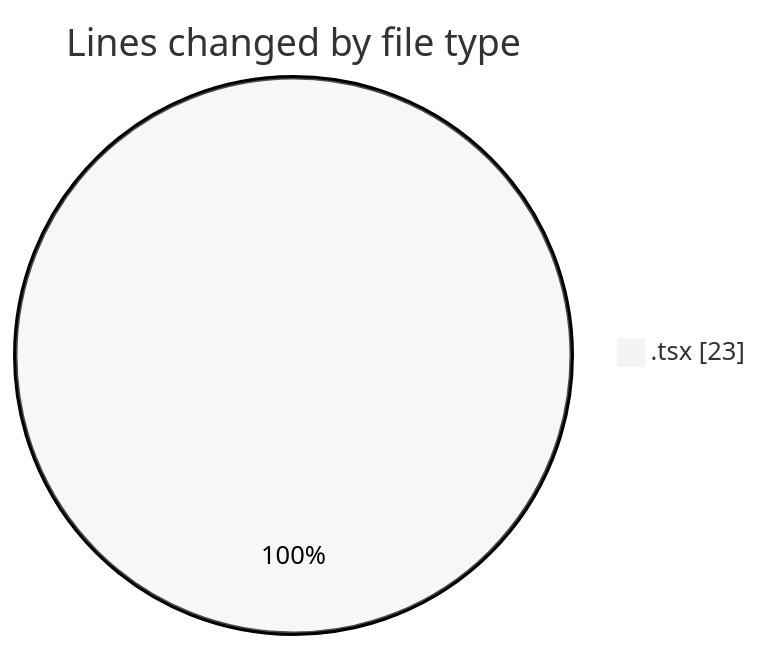
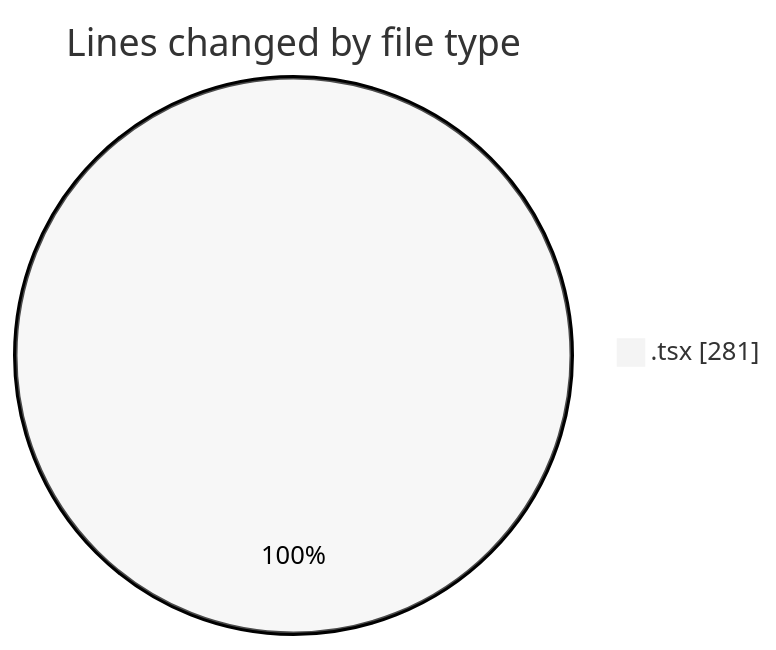
Before and after one commit to Elitesun/code-tracking: the first of 2 diagrams in 2025-05-05/niten/README.md, drawn with Mermaid (neutral theme). The commit also changed other lines of this file and 1 other file, not shown here.

````diff
--- a/2025-05-05/niten/README.md
+++ b/2025-05-05/niten/README.md
@@ -20,5 +24,5 @@
 ```mermaid
 pie showData
 title Lines changed by file type
-".tsx" : 23
+".tsx" : 281
 ```
````
